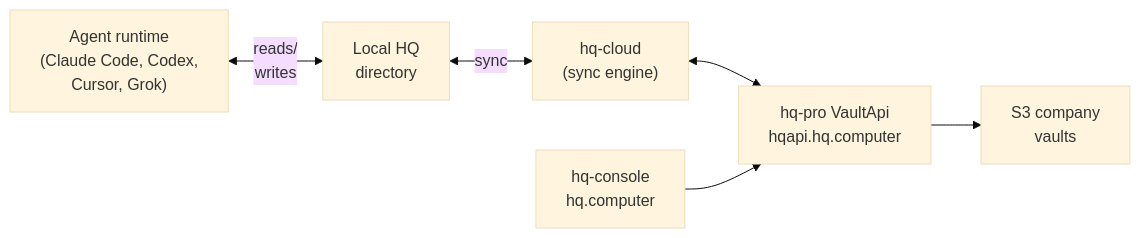
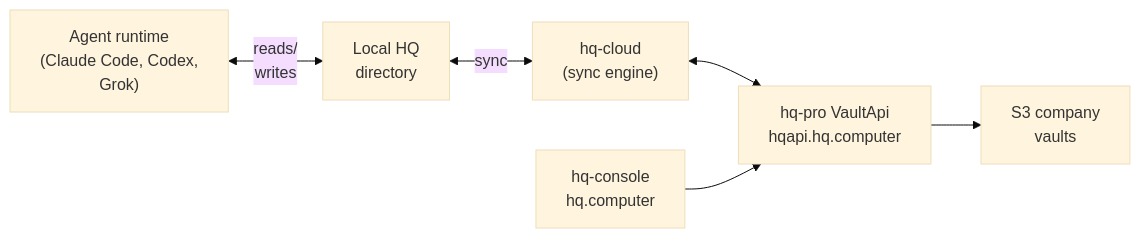
Before and after one commit to indigoai-us/indigo-docs: the second of 5 diagrams in src/content/docs/hq/architecture/1-overview.mdx, drawn with Mermaid (base theme). The commit also changed other lines of this file and 41 other files, not shown here.

````diff
--- a/src/content/docs/hq/architecture/1-overview.mdx
+++ b/src/content/docs/hq/architecture/1-overview.mdx
@@ -36,8 +36,8 @@
 ```mermaid
 graph LR
-    agent["Agent runtime<br/>(Claude Code, Codex,<br/>Cursor, Grok)"] <-->|"reads/<br/>writes"| local["Local HQ<br/>directory"]
+    agent["Agent runtime<br/>(Claude Code, Codex,<br/>Grok)"] <-->|"reads/<br/>writes"| local["Local HQ<br/>directory"]
     local <-->|sync| cloud["hq-cloud<br/>(sync engine)"]
     cloud <--> api["hq-pro VaultApi<br/>hqapi.hq.computer"]
     api --> s3["S3 company<br/>vaults"]
     console["hq-console<br/>hq.computer"] --> api
 ```
````
